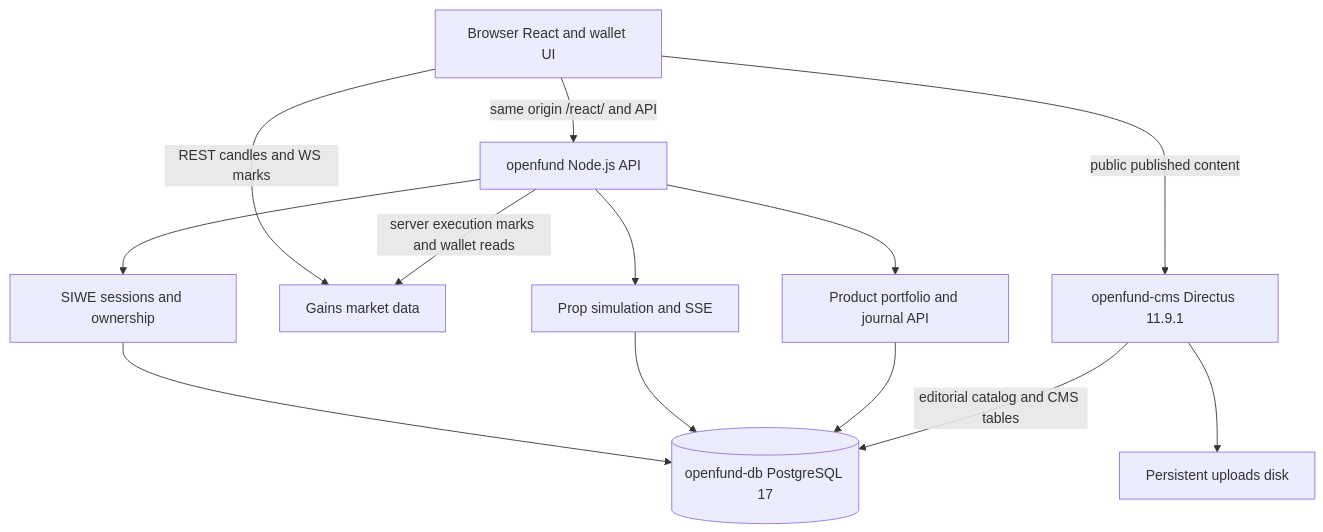
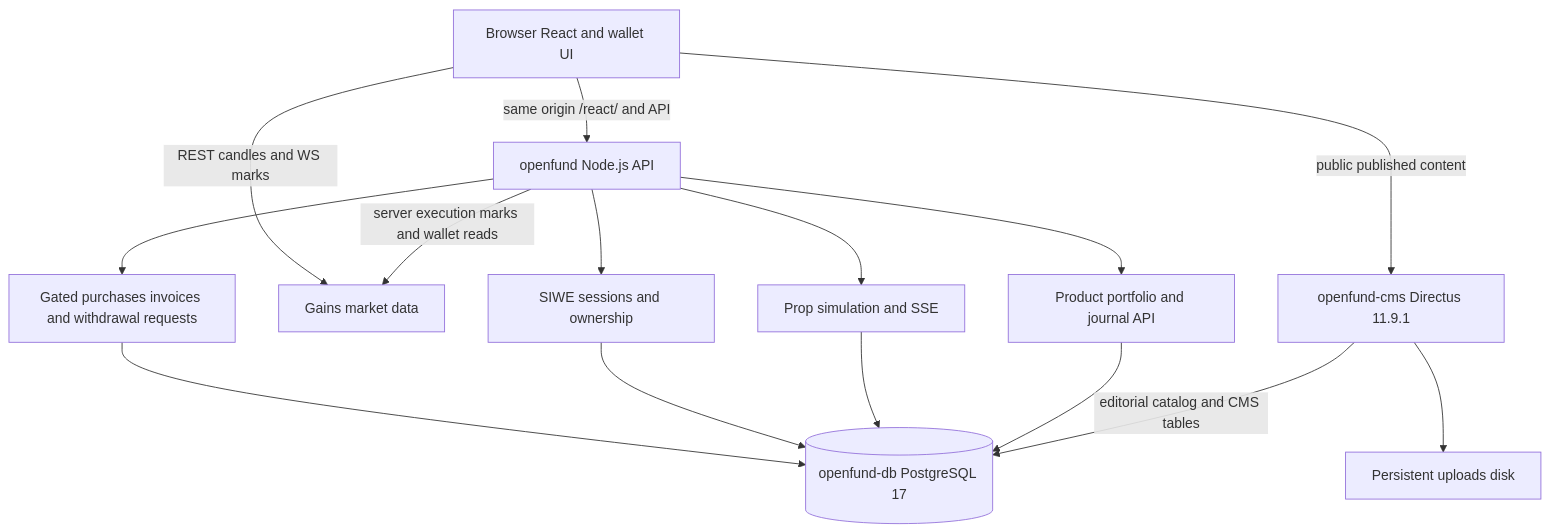
One commit to algomanlife/openfund changed the diagram in docs/architecture/ARCHITECTURE.md. Above: the diagram before and after it, drawn with Mermaid. The commit also changed other lines of this file and 258 other files, not shown here.

````diff
--- a/docs/architecture/ARCHITECTURE.md
+++ b/docs/architecture/ARCHITECTURE.md
@@ -9,15 +9,17 @@
 ```mermaid
 flowchart TB
   Browser[Browser React and wallet UI] -->|same origin /react/ and API| Node[openfund Node.js API]
   Browser -->|public published content| CMS[openfund-cms Directus 11.9.1]
   Browser -->|REST candles and WS marks| Gains[Gains market data]
   Node -->|server execution marks and wallet reads| Gains
   Node --> Auth[SIWE sessions and ownership]
   Node --> Engine[Prop simulation and SSE]
   Node --> Product[Product portfolio and journal API]
+  Node --> Commerce[Gated purchases invoices and withdrawal requests]
+  Commerce --> DB
   Auth --> DB[(openfund-db PostgreSQL 17)]
   Engine --> DB
   Product --> DB
   CMS -->|editorial catalog and CMS tables| DB
   CMS --> Uploads[Persistent uploads disk]
 ```
````
